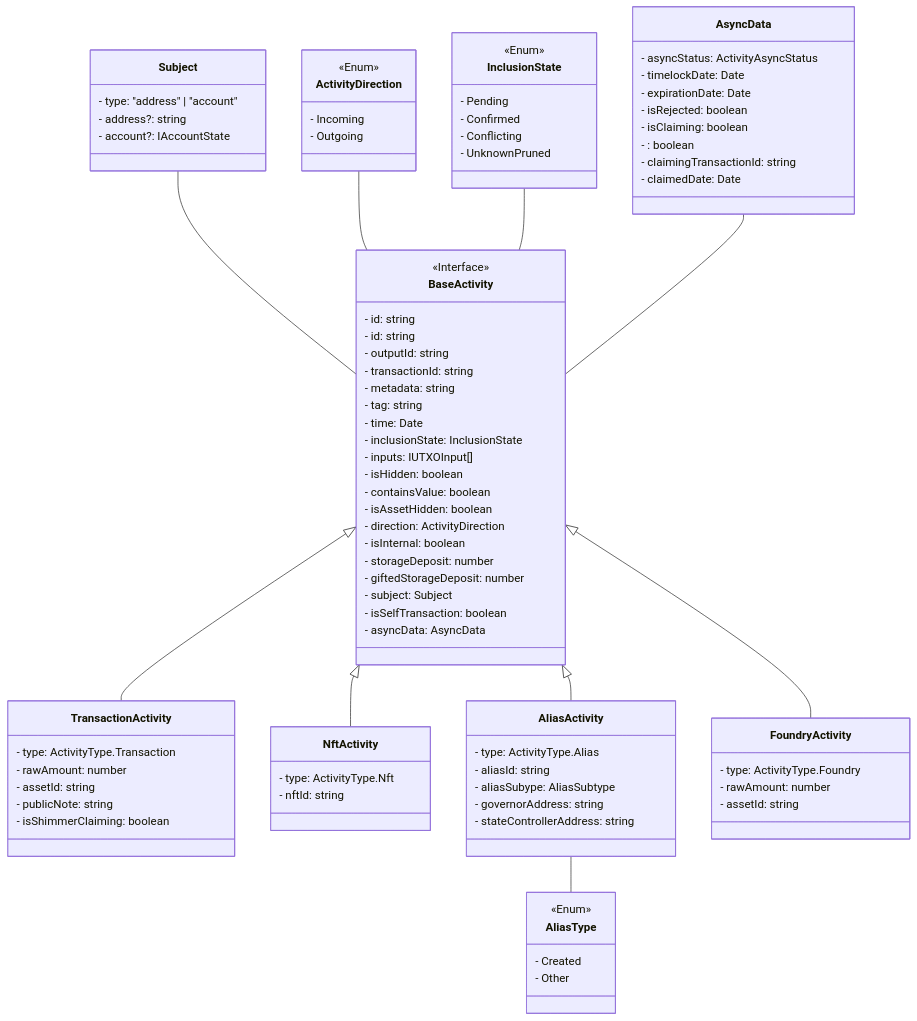
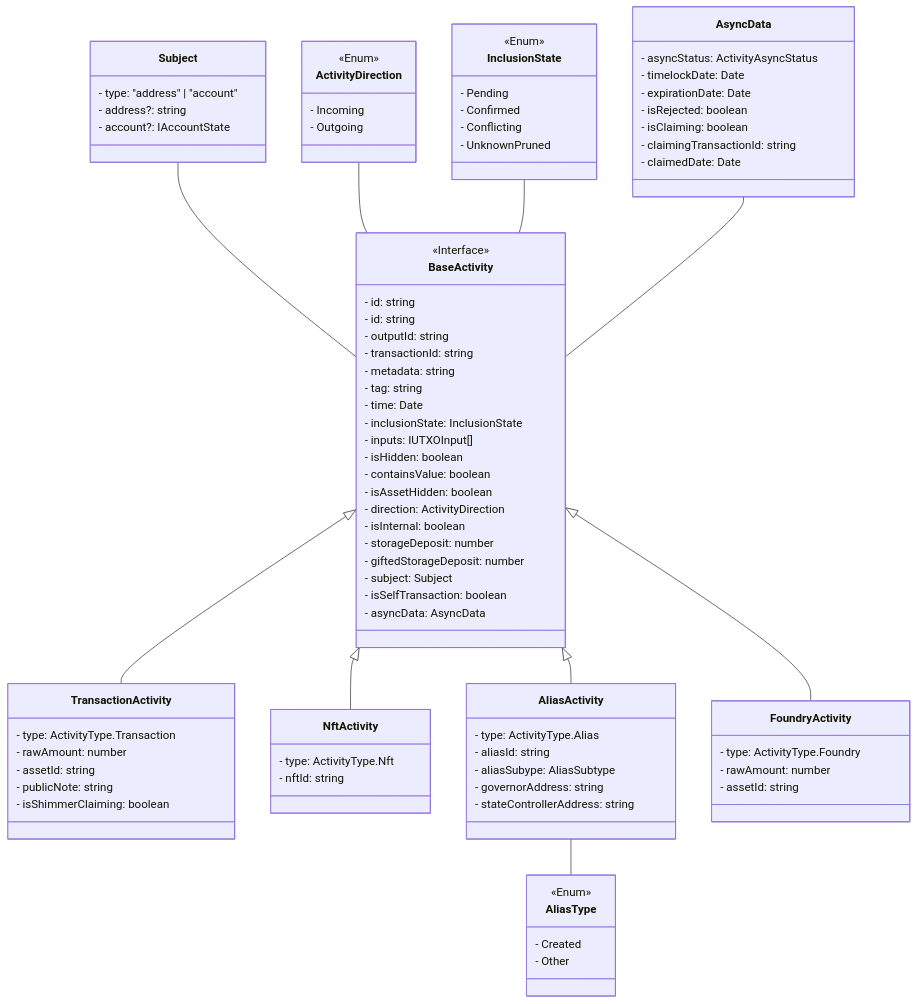
The diagram in docs/specifications/activities/class-diagram.md (GraceHall722/bloom), drawn with Mermaid before and after one commit. The commit also changed 21 other files, not shown here.

```diff
--- a/docs/specifications/activities/class-diagram.md
+++ b/docs/specifications/activities/class-diagram.md
@@ -83,7 +83,6 @@
         - expirationDate: Date
         - isRejected: boolean
         - isClaiming: boolean
-        - : boolean
         - claimingTransactionId: string
         - claimedDate: Date
     }
```
